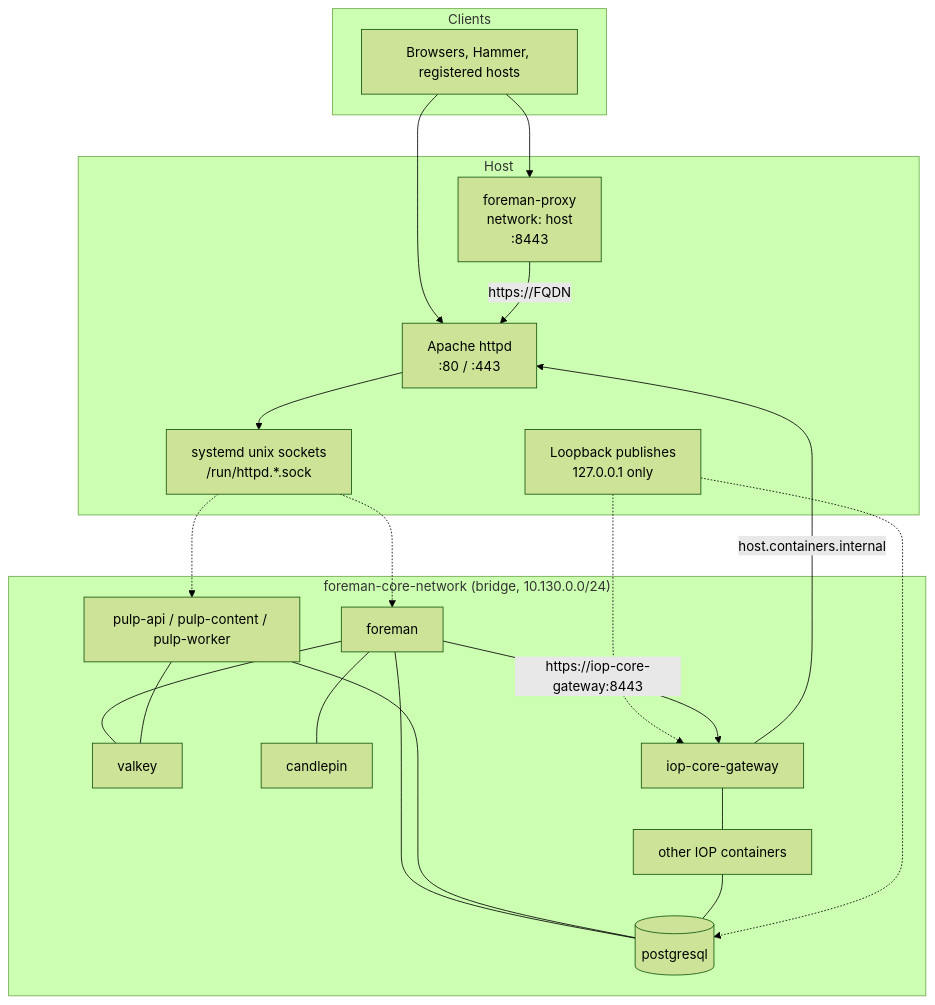
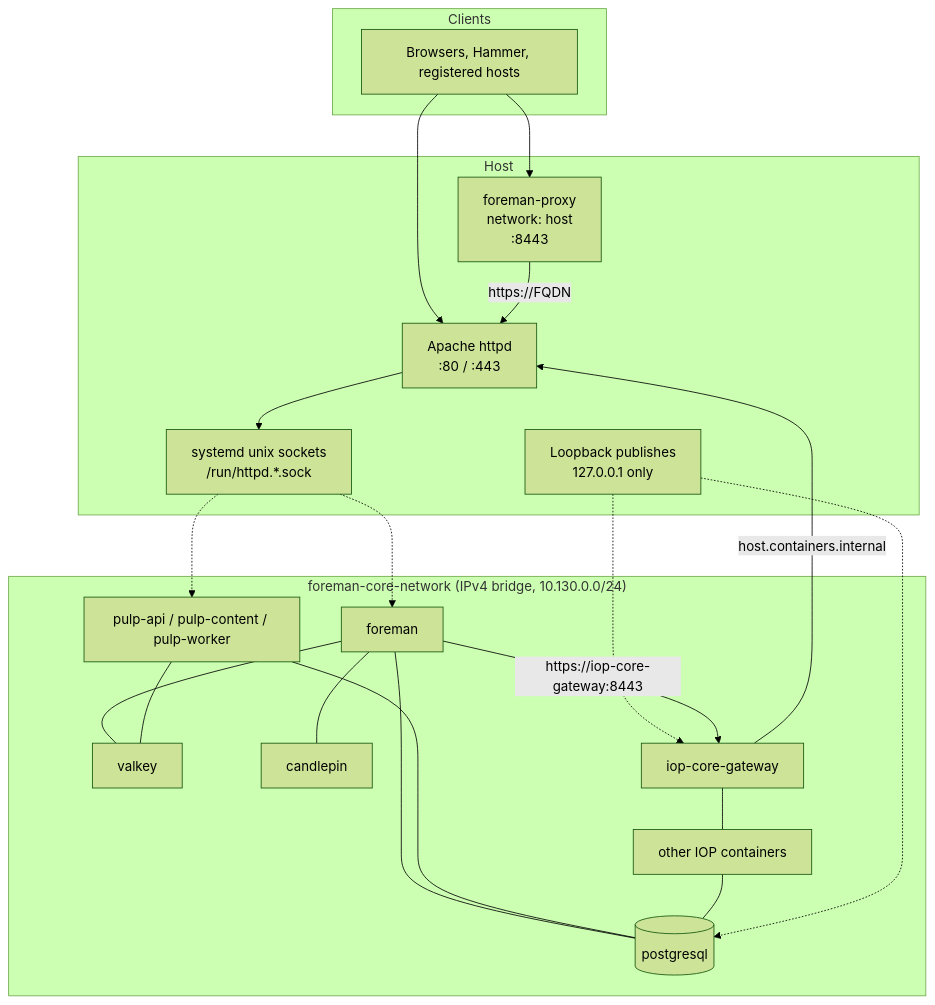
One commit to theforeman/foremanctl changed the first of 2 diagrams in docs/architecture/network.md. Above: the diagram before and after it, drawn with Mermaid (forest theme). The commit also changed other lines of this file and 19 other files, not shown here.

Commit message:
feat: Enable IPv6 on foreman-core-network and skip reconfiguring existing networks

````diff
--- a/docs/architecture/network.md
+++ b/docs/architecture/network.md
@@ -9,41 +9,41 @@
 ```mermaid
 flowchart TB
     subgraph Clients["Clients"]
         Browser["Browsers, Hammer, registered hosts"]
     end
 
     subgraph Host["Host"]
         Apache["Apache httpd<br/>:80 / :443"]
         Socks["systemd unix sockets<br/>/run/httpd.*.sock"]
         Loopback["Loopback publishes<br/>127.0.0.1 only"]
         Proxy["foreman-proxy<br/>network: host<br/>:8443"]
         Apache --> Socks
     end
 
-    subgraph Bridge["foreman-core-network (bridge, 10.130.0.0/24)"]
+    subgraph Bridge["foreman-core-network (IPv4 bridge, 10.130.0.0/24)"]
         FM[foreman]
         PG[(postgresql)]
         VK[valkey]
         CP[candlepin]
         Pulp["pulp-api / pulp-content / pulp-worker"]
         GW[iop-core-gateway]
         IOP["other IOP containers"]
         FM --- PG
         FM --- VK
         FM --- CP
         Pulp --- PG
         Pulp --- VK
         IOP --- PG
         GW --- IOP
     end
 
     Browser --> Apache
     Browser --> Proxy
     Socks -.-> FM
     Socks -.-> Pulp
     Loopback -.-> PG
     Loopback -.-> GW
     GW -->|"host.containers.internal"| Apache
     FM -->|"https://iop-core-gateway:8443"| GW
     Proxy -->|"https://FQDN"| Apache
 ```
````
